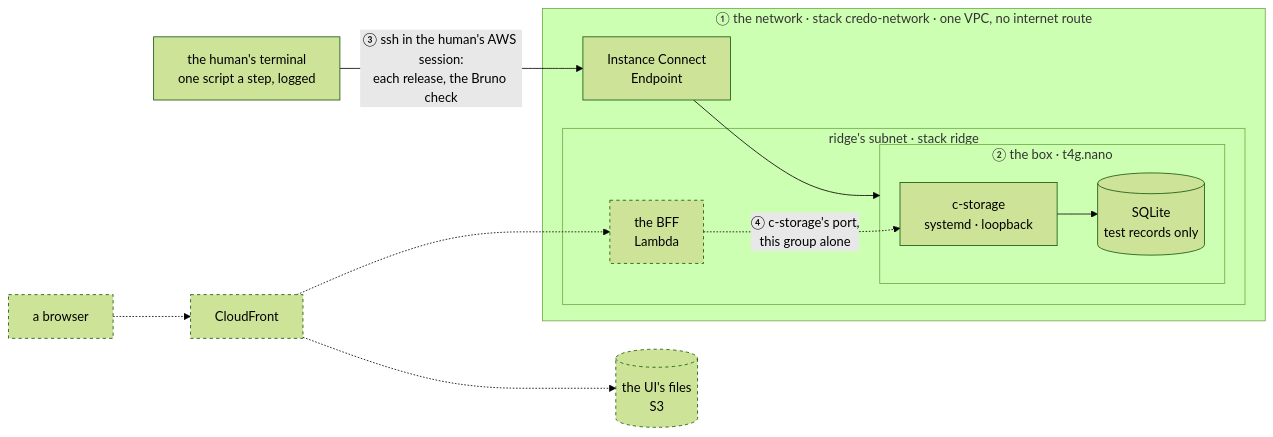
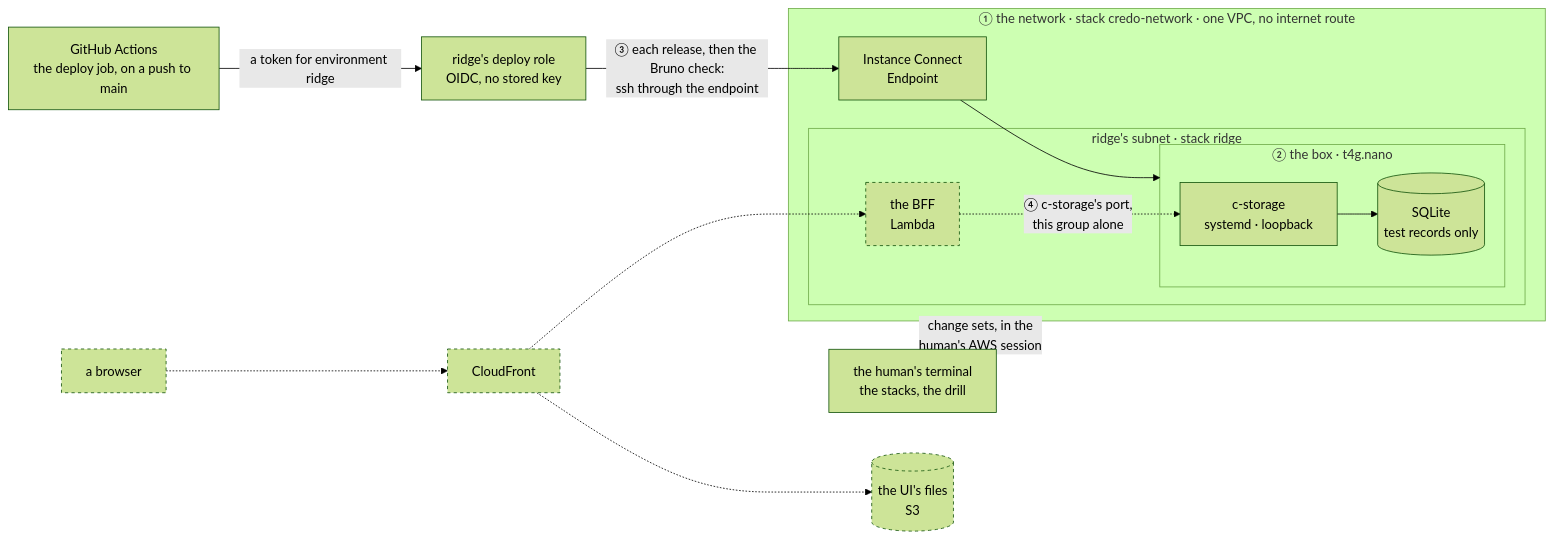
The diagram in docs/plans/2026-10-28-ridge.md (ancJ29/credo), drawn with Mermaid (forest theme) before and after one commit. The commit also changed other lines of this file and 1 other file, not shown here.

First line of the commit message:
docs(plan): ridge deploys from github actions

````diff
--- a/docs/plans/2026-10-28-ridge.md
+++ b/docs/plans/2026-10-28-ridge.md
@@ -18,26 +31,30 @@
 ```mermaid
 flowchart LR
-  term["the human's terminal<br/>one script a step, logged"]
+  gh["GitHub Actions<br/>the deploy job, on a push to main"]
+  role["ridge's deploy role<br/>OIDC, no stored key"]
+  term["the human's terminal<br/>the stacks, the drill"]
   browser["a browser"]
   cdn["CloudFront"]
   ui[("the UI's files<br/>S3")]
   subgraph net["① the network · stack credo-network · one VPC, no internet route"]
     eice["Instance Connect<br/>Endpoint"]
     subgraph sub["ridge's subnet · stack ridge"]
       bff["the BFF<br/>Lambda"]
       subgraph box["② the box · t4g.nano"]
         cs["c-storage<br/>systemd · loopback"]
         db[("SQLite<br/>test records only")]
       end
     end
   end
-  term -- "③ ssh in the human's AWS session:<br/>each release, the Bruno check" --> eice
+  gh -- "a token for environment ridge" --> role
+  role -- "③ each release, then the Bruno check:<br/>ssh through the endpoint" --> eice
+  term -- "change sets, in the<br/>human's AWS session" --> net
   eice --> box
   cs --> db
   browser -.-> cdn
   cdn -.-> ui
   cdn -.-> bff
   bff -. "④ c-storage's port,<br/>this group alone" .-> cs
   classDef later stroke-dasharray: 4 4
   class browser,cdn,ui,bff later
 ```
````
